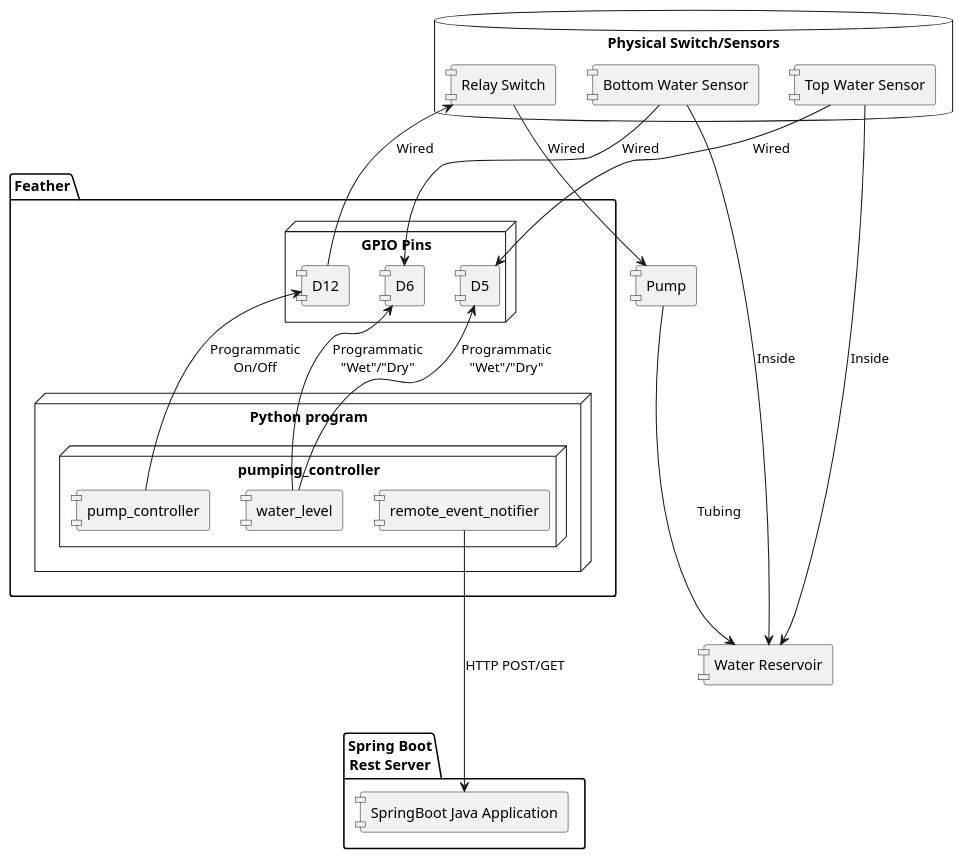
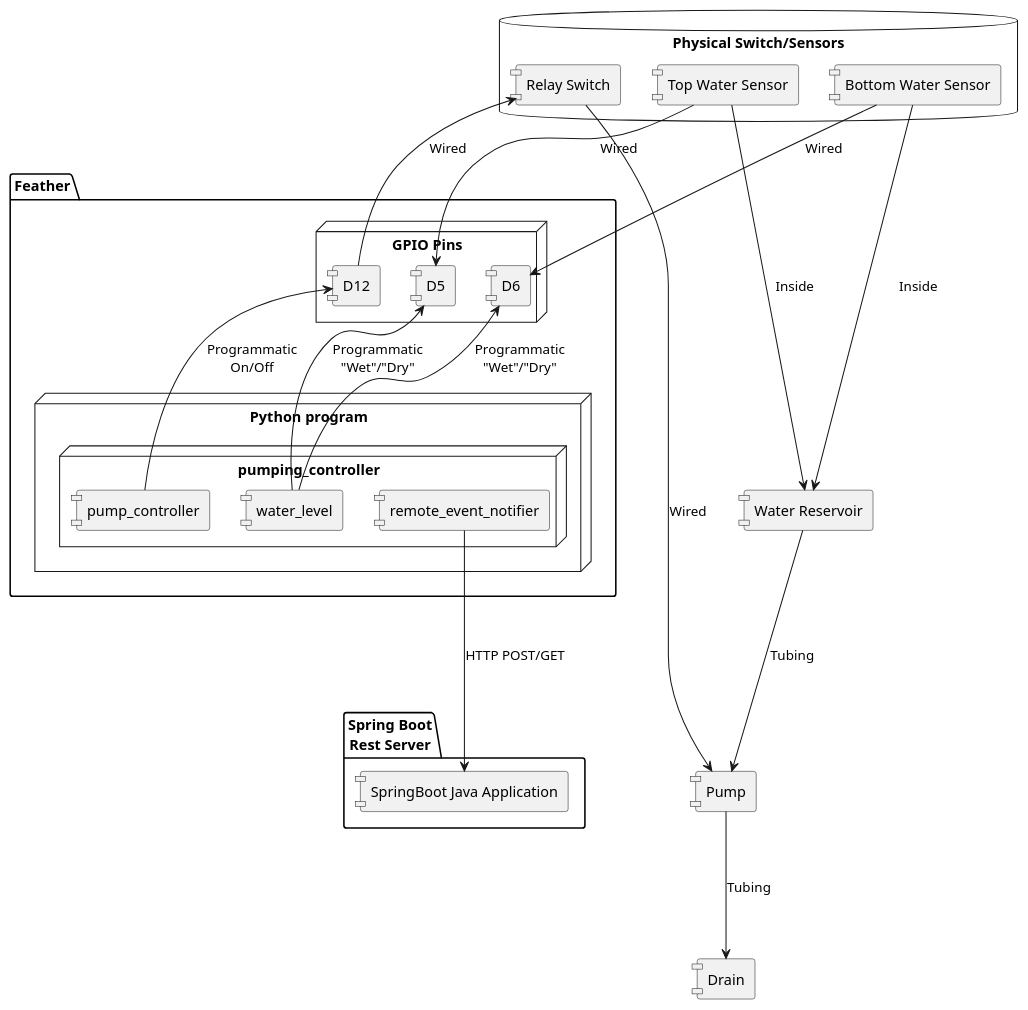
The diagram in documentation/pump_component.puml (silaswilson87/crusher), drawn with PlantUML before and after one commit. The commit also changed 1 other file, not shown here.

Commit message:
Tweak pump_component diagram

```diff
--- a/documentation/pump_component.puml
+++ b/documentation/pump_component.puml
@@ -1,41 +1,43 @@
 @startuml
 'https://plantuml.com/component-diagram
 skinparam componentStyle uml1
 
 [Pump]
 [Water Reservoir]
+[Drain]
 
 package "Feather" {
    node "GPIO Pins" {
     [D5]
     [D6]
     [D12]
    }
     node "Python program"{
        node "pumping_controller" {
        [remote_event_notifier]
        [pump_controller]
        [water_level]
        }
     }
   [pump_controller] -up-> [D12]:Programmatic\nOn/Off
   [water_level] -up-> [D5]:Programmatic\n"Wet"/"Dry"
   [water_level] -up-> [D6]:Programmatic\n"Wet"/"Dry"
 }
 
 package "Spring Boot\nRest Server" {
   [SpringBoot Java Application]
 }
 
 
 database "Physical Switch/Sensors" {
    [D12]--> [Relay Switch]:Wired
    [Relay Switch]--> [Pump]:Wired
    [Top Water Sensor] --> [D5]:Wired
    [Bottom Water Sensor]--> [D6]:Wired
 }
 [remote_event_notifier] --down-> [SpringBoot Java Application]:HTTP POST/GET
 [Top Water Sensor] --down-> [Water Reservoir]:Inside
 [Bottom Water Sensor] --down-> [Water Reservoir]:Inside
-[Pump] --down-> [Water Reservoir]:Tubing
+[Water Reservoir] --down-> [Pump]:Tubing
+[Pump] ---> [Drain]:Tubing
 @enduml
```
